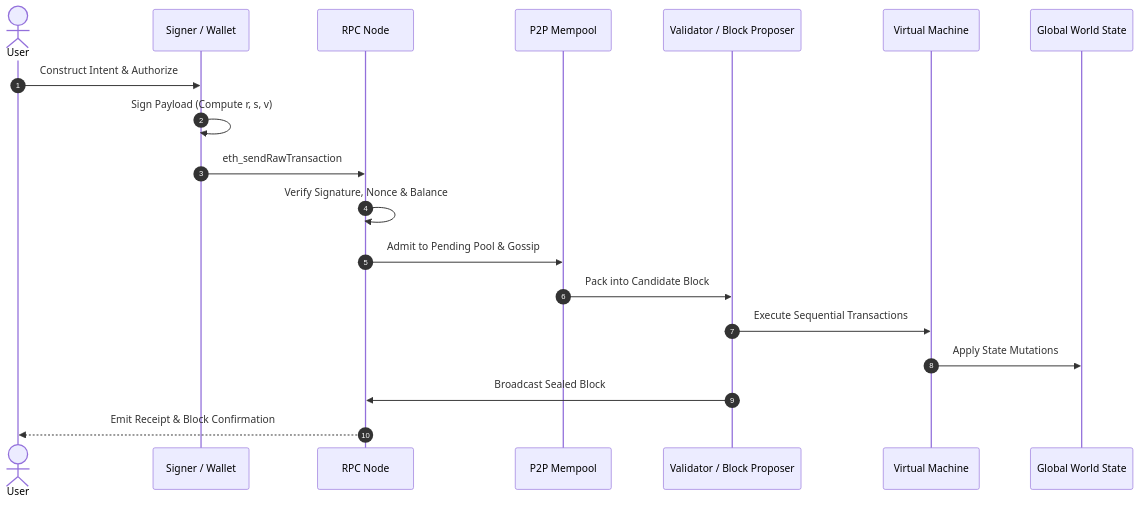
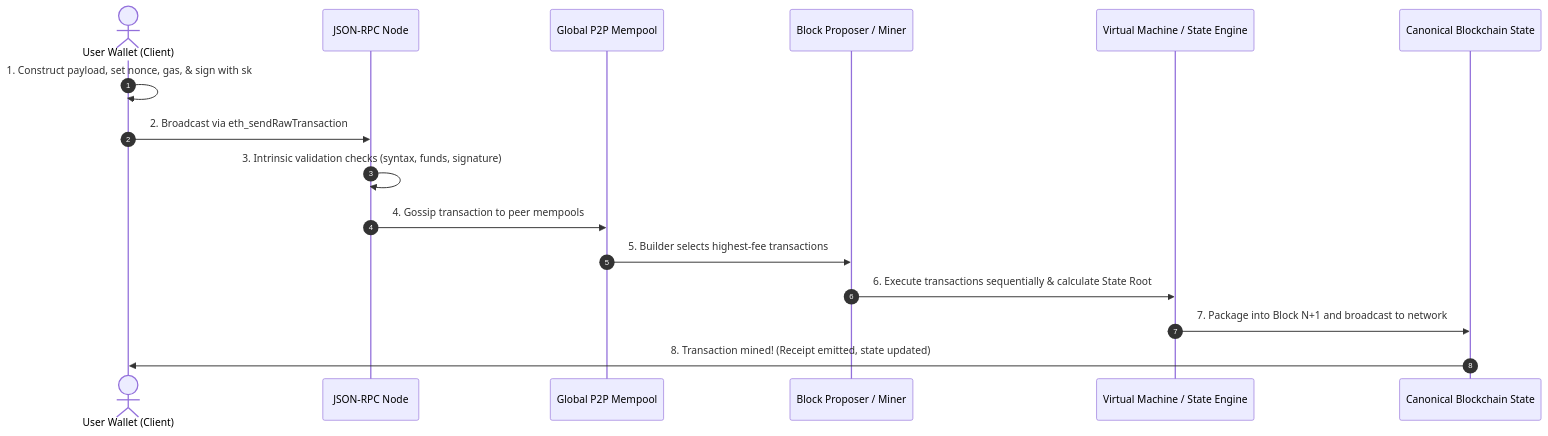
The first of 5 diagrams in docs/learn/fundamentals/02-architecture-and-state/02-transaction-lifecycle-and-state-transitions.md (ub-society/modules), drawn with Mermaid before and after one commit. The commit also changed other lines of this file and 3 other files, not shown here.

````diff
--- a/docs/learn/fundamentals/02-architecture-and-state/02-transaction-lifecycle-and-state-transitions.md
+++ b/docs/learn/fundamentals/02-architecture-and-state/02-transaction-lifecycle-and-state-transitions.md
@@ -10,22 +14,19 @@
 ```mermaid
 sequenceDiagram
     autonumber
-    actor User
-    participant Wallet as Signer / Wallet
-    participant RPC as RPC Node
-    participant Mempool as P2P Mempool
-    participant Proposer as Validator / Block Proposer
-    participant VM as Virtual Machine
-    participant State as Global World State
+    actor User as User Wallet (Client)
+    participant RPC as JSON-RPC Node
+    participant Mempool as Global P2P Mempool
+    participant Builder as Block Proposer / Miner
+    participant EVM as Virtual Machine / State Engine
+    participant Ledger as Canonical Blockchain State
 
-    User->>Wallet: Construct Intent & Authorize
-    Wallet->>Wallet: Sign Payload (Compute r, s, v)
-    Wallet->>RPC: eth_sendRawTransaction
-    RPC->>RPC: Verify Signature, Nonce & Balance
-    RPC->>Mempool: Admit to Pending Pool & Gossip
-    Mempool->>Proposer: Pack into Candidate Block
-    Proposer->>VM: Execute Sequential Transactions
-    VM->>State: Apply State Mutations
-    Proposer->>RPC: Broadcast Sealed Block
-    RPC-->>User: Emit Receipt & Block Confirmation
+    User->>User: 1. Construct payload, set nonce, gas, & sign with sk
+    User->>RPC: 2. Broadcast via eth_sendRawTransaction
+    RPC->>RPC: 3. Intrinsic validation checks (syntax, funds, signature)
+    RPC->>Mempool: 4. Gossip transaction to peer mempools
+    Mempool->>Builder: 5. Builder selects highest-fee transactions
+    Builder->>EVM: 6. Execute transactions sequentially & calculate State Root
+    EVM->>Ledger: 7. Package into Block N+1 and broadcast to network
+    Ledger->>User: 8. Transaction mined! (Receipt emitted, state updated)
 ```
````
